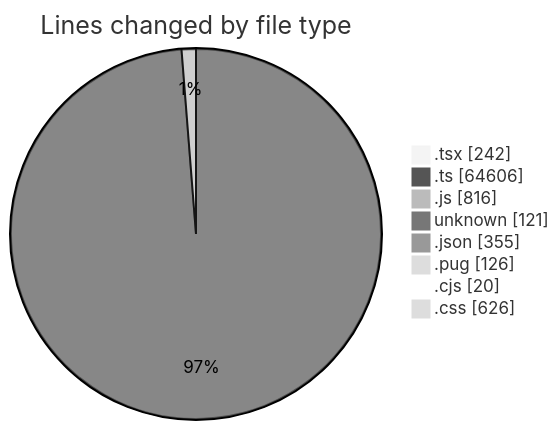
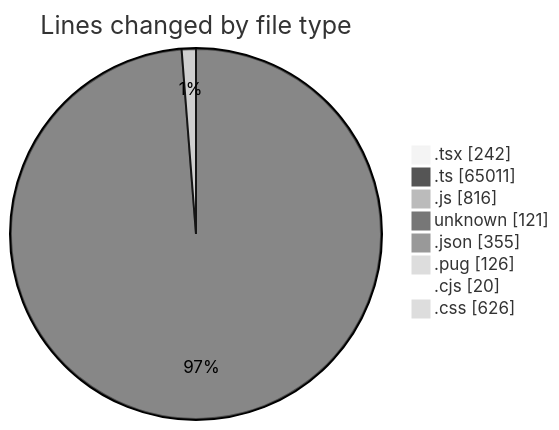
One commit to momahboobian/code-tracking changed the first of 2 diagrams in 2026-06-01/cda/README.md. Above: the diagram before and after it, drawn with Mermaid (neutral theme). The commit also changed other lines of this file and 1 other file, not shown here.

````diff
--- a/2026-06-01/cda/README.md
+++ b/2026-06-01/cda/README.md
@@ -70,12 +73,12 @@
 ```mermaid
 pie showData
 title Lines changed by file type
 ".tsx" : 242
-".ts" : 64606
+".ts" : 65011
 ".js" : 816
 "unknown" : 121
 ".json" : 355
 ".pug" : 126
 ".cjs" : 20
 ".css" : 626
 ```
````
